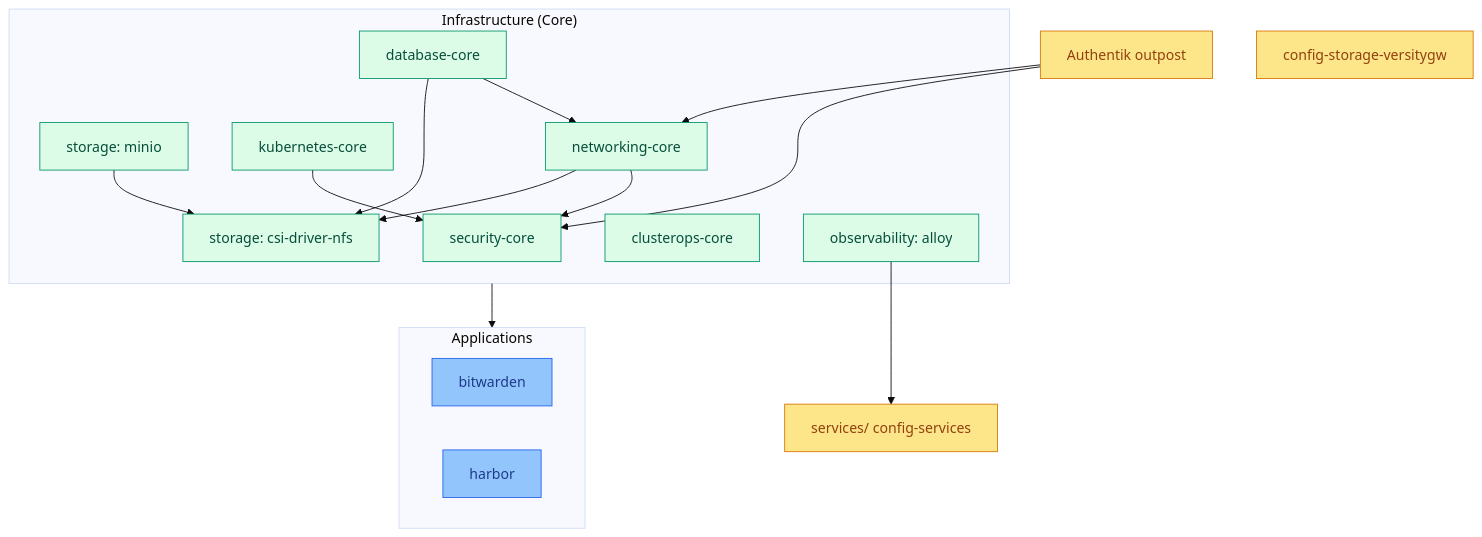
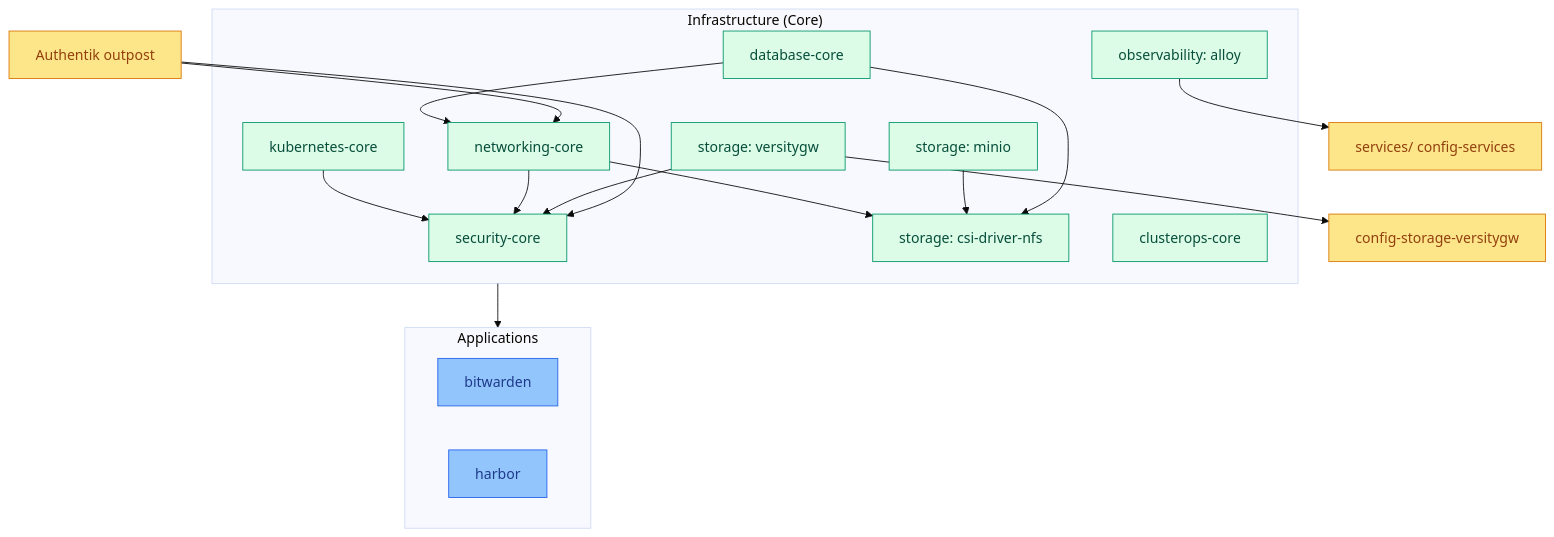
The diagram in clusters/nas/README.md (ppat/homelab-ops-kubernetes-clusters), drawn with Mermaid (base theme) before and after one commit. The commit also changed other lines of this file and 3 other files, not shown here.

````diff
--- a/clusters/nas/README.md
+++ b/clusters/nas/README.md
@@ -86,35 +86,37 @@
 ```mermaid
 flowchart TB
     classDef core fill:#dcfce7,stroke:#059669,color:#064e3b
     classDef apps fill:#93c5fd,stroke:#2563eb,color:#1e3a8a
     classDef outpost fill:#fde68a,stroke:#d97706,color:#92400e
 
     subgraph Core["Infrastructure (Core)"]
         sec[security-core]:::core
         nfs[storage: csi-driver-nfs]:::core
         minio[storage: minio]:::core
+        vgw[storage: versitygw]:::core
         k8s[kubernetes-core]:::core
         net[networking-core]:::core
         db[database-core]:::core
         ops[clusterops-core]:::core
         alloy[observability: alloy]:::core
     end
 
     subgraph Apps["Applications"]
         bw[bitwarden]:::apps
         harbor:::apps
     end
 
     out[Authentik outpost]:::outpost
     svc[services/ config-services]:::outpost
     vol[config-storage-versitygw]:::outpost
 
     k8s --> sec
     net --> sec & nfs
     minio --> nfs
+    vgw --> sec & vol
     db --> net & nfs
     out --> sec & net
     alloy --> svc
 
     Core --> Apps
 ```
````
